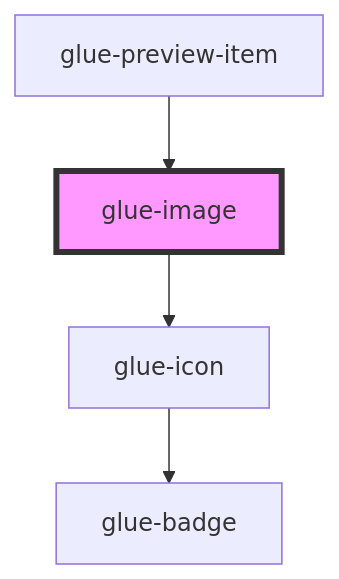
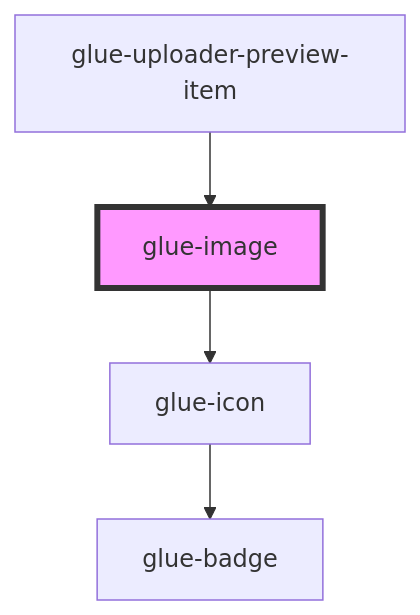
Before and after one commit to grasilife/glue: the diagram in packages/glue-components/src/components/glue-image/readme.md, drawn with Mermaid. The commit also changed other lines of this file and 17 other files, not shown here.

````diff
--- a/packages/glue-components/src/components/glue-image/readme.md
+++ b/packages/glue-components/src/components/glue-image/readme.md
@@ -47,7 +47,7 @@
 ```mermaid
 graph TD;
   glue-image --> glue-icon
   glue-icon --> glue-badge
-  glue-preview-item --> glue-image
+  glue-uploader-preview-item --> glue-image
   style glue-image fill:#f9f,stroke:#333,stroke-width:4px
 ```
````
